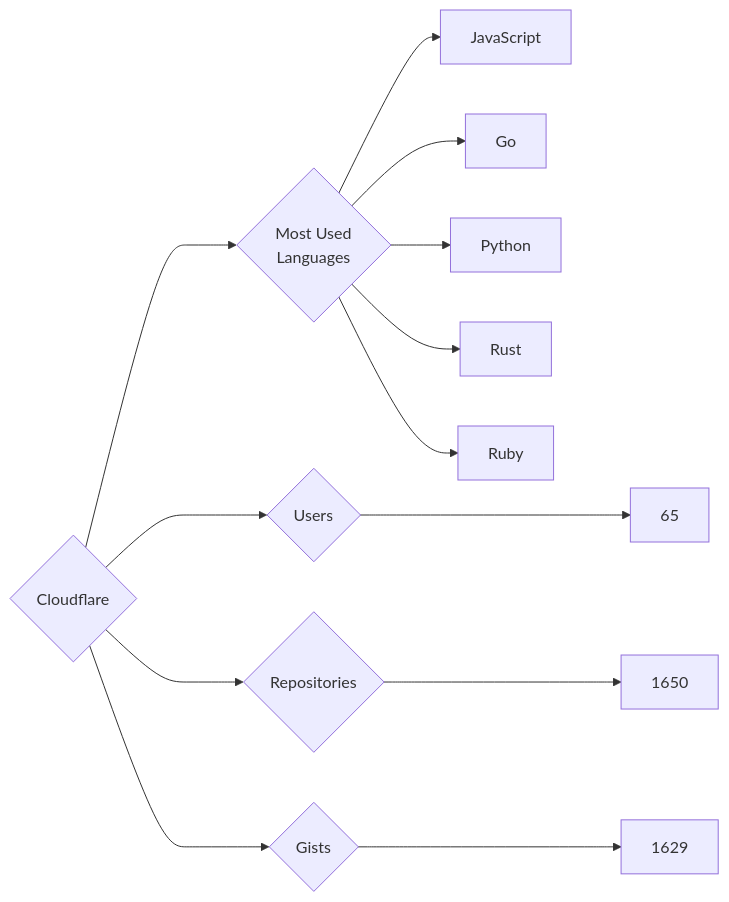
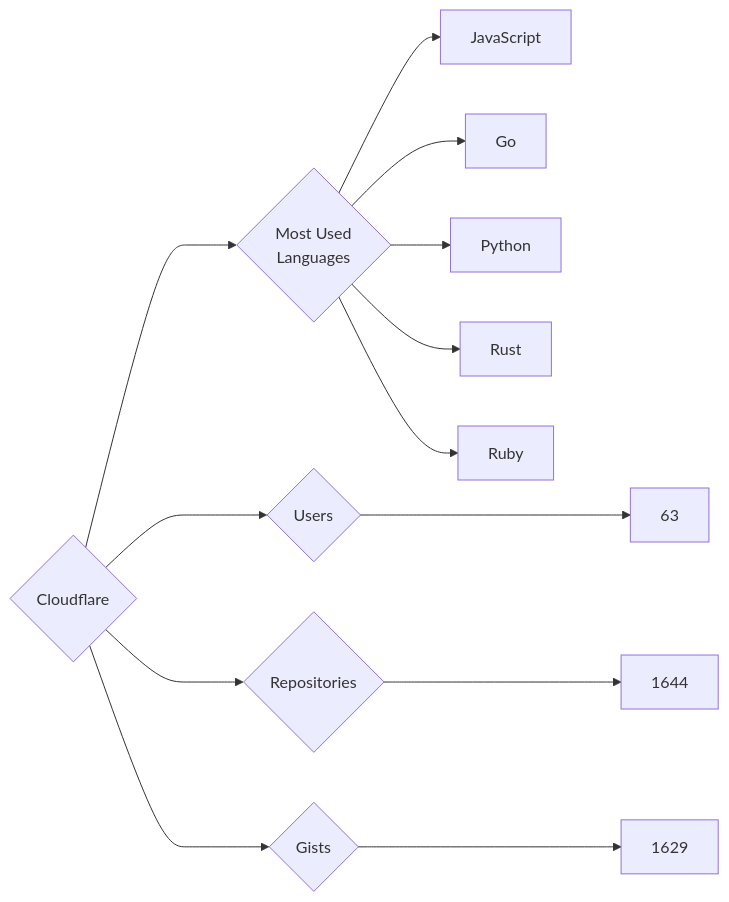
Before and after one commit to trickest/insiders: the diagram in targets/Cloudflare/README.md, drawn with Mermaid. The commit also changed 916 other files, not shown here.

````diff
--- a/targets/Cloudflare/README.md
+++ b/targets/Cloudflare/README.md
@@ -3,13 +3,13 @@
 ```mermaid
 graph LR
 COMPANY_NAME{Cloudflare}
-COMPANY_NAME ---> U{Users} ---> UN[65]
-COMPANY_NAME ---> R{Repositories} ---> RN[1650]
+COMPANY_NAME ---> U{Users} ---> UN[63]
+COMPANY_NAME ---> R{Repositories} ---> RN[1644]
 COMPANY_NAME ---> G{Gists} ---> GN[1629]
 COMPANY_NAME ---> ML{Most Used<br>Languages}
 ML --> JavaScript[JavaScript]
 ML --> Go[Go]
 ML --> Python[Python]
 ML --> Rust[Rust]
 ML --> Ruby[Ruby]
 ```
````
